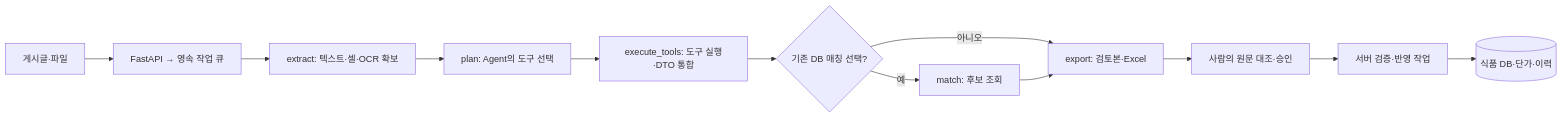
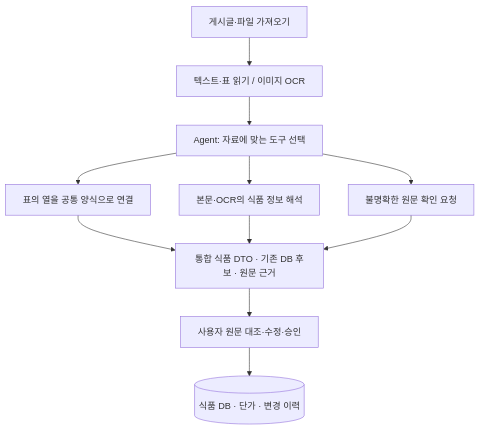
Before and after one commit to SKALA-G116/skala-FMS: the diagram in README.md, drawn with Mermaid. The commit also changed other lines of this file and 13 other files, not shown here.

````diff
--- a/README.md
+++ b/README.md
@@ -87,14 +90,13 @@
 ```mermaid
-flowchart LR
-    S[게시글·파일] --> Q[FastAPI → 영속 작업 큐]
-    Q --> E[extract: 텍스트·셀·OCR 확보]
-    E --> P[plan: Agent의 도구 선택]
-    P --> T[execute_tools: 도구 실행·DTO 통합]
-    T --> C{기존 DB 매칭 선택?}
-    C -->|예| M[match: 후보 조회]
-    C -->|아니오| X[export: 검토본·Excel]
-    M --> X
-    X --> H[사람의 원문 대조·승인]
-    H --> A[서버 검증·반영 작업]
-    A --> DB[(식품 DB·단가·이력)]
+flowchart TD
+    A[게시글·파일 가져오기] --> B[텍스트·표 읽기 / 이미지 OCR]
+    B --> C[Agent: 자료에 맞는 도구 선택]
+    C --> D[표의 열을 공통 양식으로 연결]
+    C --> E[본문·OCR의 식품 정보 해석]
+    C --> F[불명확한 원문 확인 요청]
+    D --> G[통합 식품 DTO · 기존 DB 후보 · 원문 근거]
+    E --> G
+    F --> G
+    G --> H[사용자 원문 대조·수정·승인]
+    H --> I[(식품 DB · 단가 · 변경 이력)]
 ```
````
